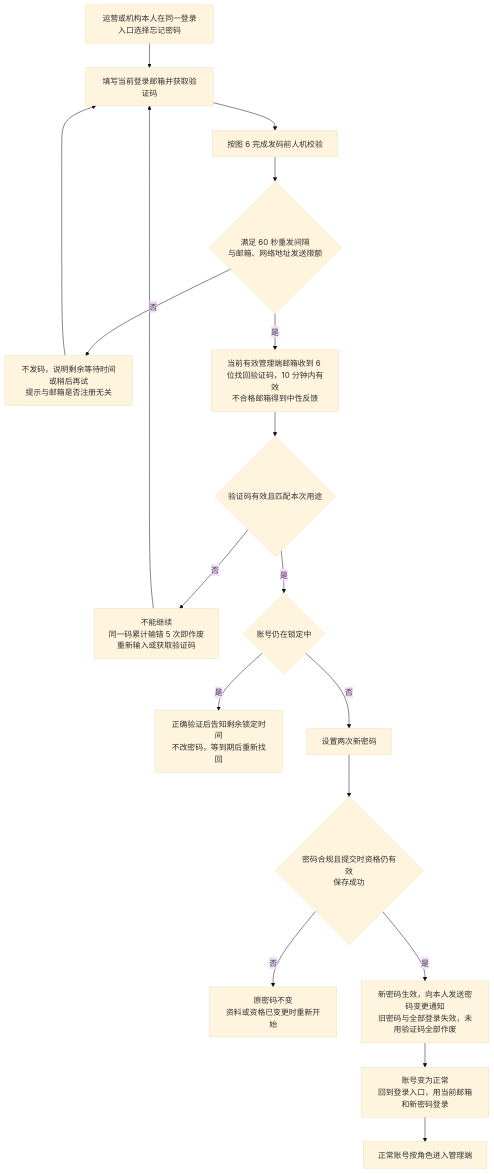
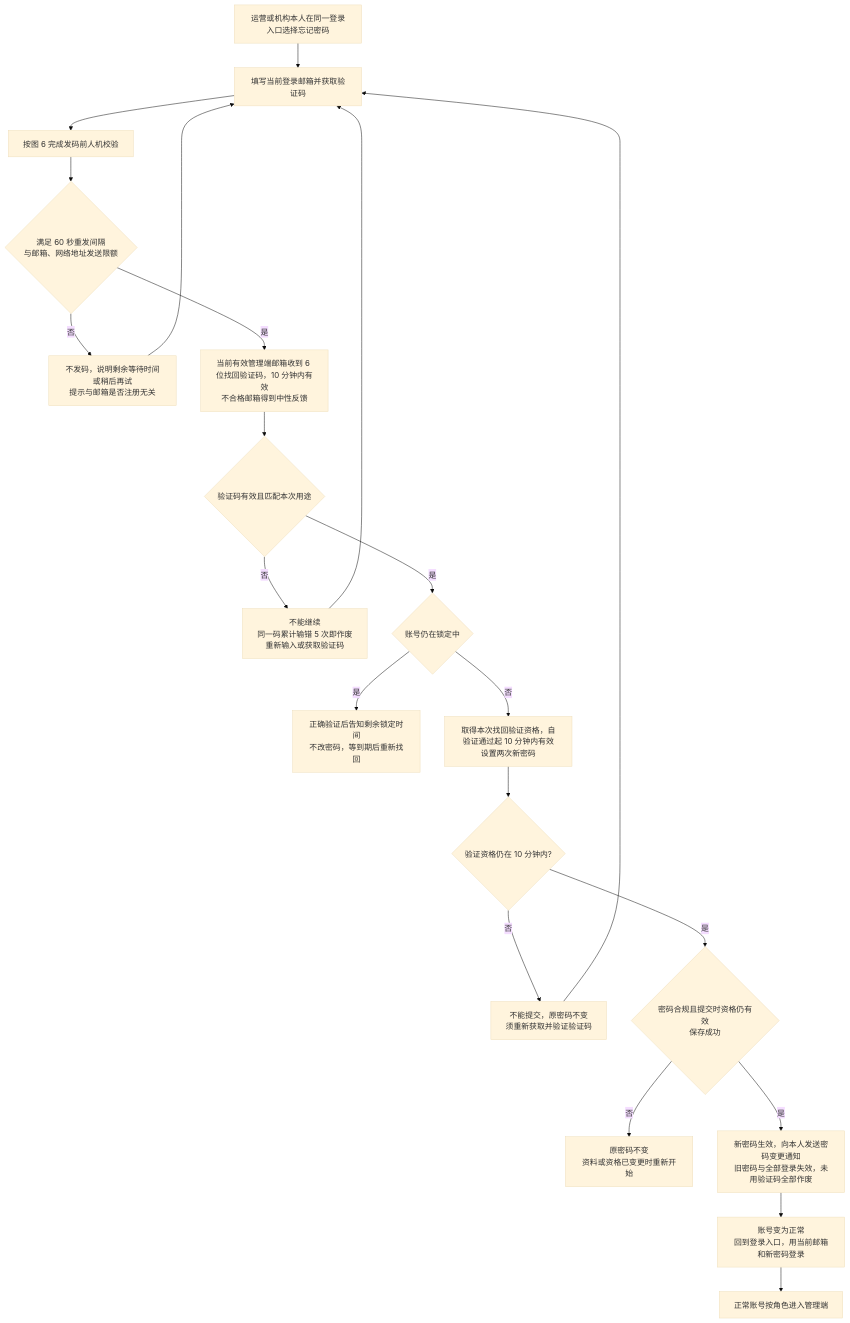
The sixth of 9 diagrams in token-issuance-platform/PRD/管理端/M5-管理端登录与权限/02-管理端登录与权限-流程图与状态机.md (wxblockchain/Chain-Financing), drawn with Mermaid (base theme) before and after one commit. The commit also changed other lines of this file and 35 other files, not shown here.

````diff
--- a/token-issuance-platform/PRD/管理端/M5-管理端登录与权限/02-管理端登录与权限-流程图与状态机.md
+++ b/token-issuance-platform/PRD/管理端/M5-管理端登录与权限/02-管理端登录与权限-流程图与状态机.md
@@ -136,20 +152,23 @@
 ```mermaid
 flowchart TD
     A[运营或机构本人在同一登录入口选择忘记密码] --> B[填写当前登录邮箱并获取验证码]
     B --> B0[按图 6 完成发码前人机校验]
     B0 --> B1{满足 60 秒重发间隔<br/>与邮箱、网络地址发送限额}
     B1 -->|否| B2[不发码，说明剩余等待时间或稍后再试<br/>提示与邮箱是否注册无关]
     B2 --> B
     B1 -->|是| C[当前有效管理端邮箱收到 6 位找回验证码，10 分钟内有效<br/>不合格邮箱得到中性反馈]
     C --> D{验证码有效且匹配本次用途}
     D -->|否| E[不能继续<br/>同一码累计输错 5 次即作废<br/>重新输入或获取验证码]
     E --> B
     D -->|是| F{账号仍在锁定中}
     F -->|是| G[正确验证后告知剩余锁定时间<br/>不改密码，等到期后重新找回]
-    F -->|否| H[设置两次新密码]
-    H --> I{密码合规且提交时资格仍有效<br/>保存成功}
+    F -->|否| H[取得本次找回验证资格，自验证通过起 10 分钟内有效<br/>设置两次新密码]
+    H --> H1{验证资格仍在 10 分钟内?}
+    H1 -->|否| H2[不能提交，原密码不变<br/>须重新获取并验证验证码]
+    H2 --> B
+    H1 -->|是| I{密码合规且提交时资格仍有效<br/>保存成功}
     I -->|否| J[原密码不变<br/>资料或资格已变更时重新开始]
     I -->|是| K[新密码生效，向本人发送密码变更通知<br/>旧密码与全部登录失效，未用验证码全部作废]
     K --> L[账号变为正常<br/>回到登录入口，用当前邮箱和新密码登录]
     L --> N[正常账号按角色进入管理端]
 ```
````
